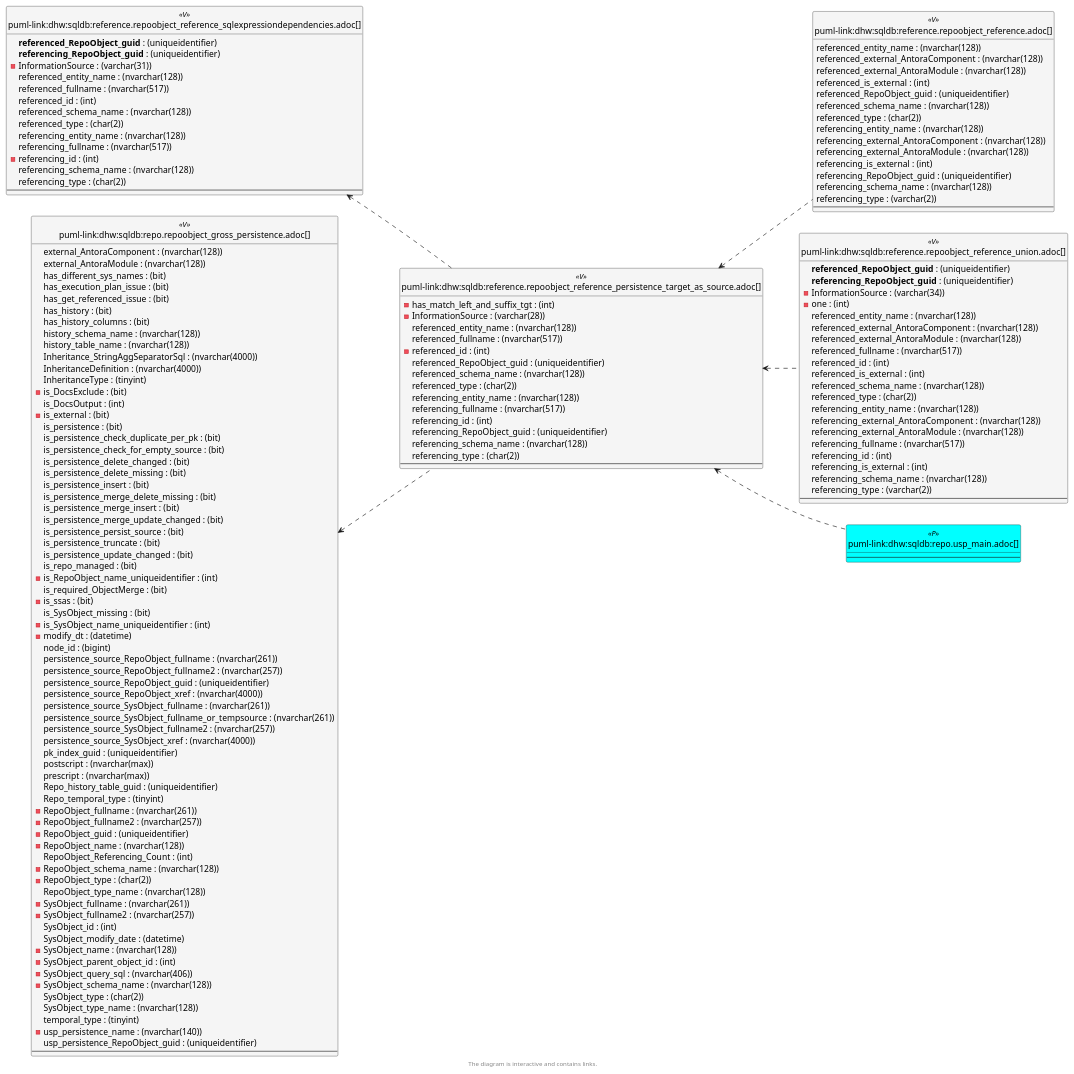
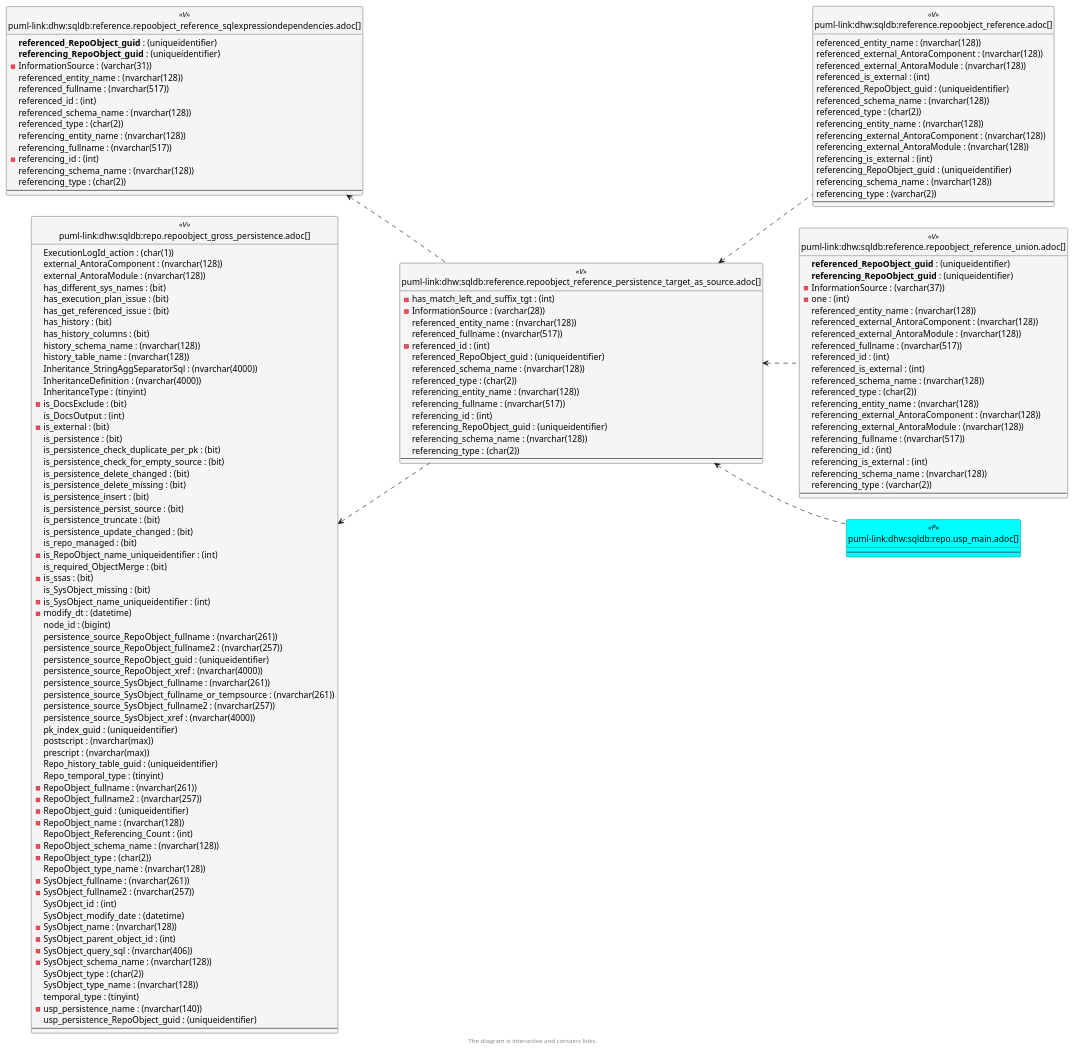
The sixth of 6 diagrams in docs/modules/sqldb/partials/content/reference.repoobject_reference_persistence_target_as_source.adoc (DataHandwerk/dhw-antora-sqldb), drawn with PlantUML before and after one commit. The commit also changed other lines of this file and 751 other files, not shown here.

```diff
--- a/docs/modules/sqldb/partials/content/reference.repoobject_reference_persistence_target_as_source.adoc
+++ b/docs/modules/sqldb/partials/content/reference.repoobject_reference_persistence_target_as_source.adoc
@@ -2707,7 +2708,7 @@
 entity "puml-link:dhw:sqldb:reference.repoobject_reference_union.adoc[]" as reference.RepoObject_reference_union << V >> {
   **referenced_RepoObject_guid** : (uniqueidentifier)
   **referencing_RepoObject_guid** : (uniqueidentifier)
-  - InformationSource : (varchar(34))
+  - InformationSource : (varchar(37))
   - one : (int)
   referenced_entity_name : (nvarchar(128))
   referenced_external_AntoraComponent : (nvarchar(128))
@@ -2729,6 +2730,7 @@
 }
 
 entity "puml-link:dhw:sqldb:repo.repoobject_gross_persistence.adoc[]" as repo.RepoObject_gross_persistence << V >> {
+  ExecutionLogId_action : (char(1))
   external_AntoraComponent : (nvarchar(128))
   external_AntoraModule : (nvarchar(128))
   has_different_sys_names : (bit)
@@ -2750,9 +2752,6 @@
   is_persistence_delete_changed : (bit)
   is_persistence_delete_missing : (bit)
   is_persistence_insert : (bit)
-  is_persistence_merge_delete_missing : (bit)
-  is_persistence_merge_insert : (bit)
-  is_persistence_merge_update_changed : (bit)
   is_persistence_persist_source : (bit)
   is_persistence_truncate : (bit)
   is_persistence_update_changed : (bit)
@@ -2805,9 +2804,9 @@
   --
 }
 
+reference.RepoObject_reference_persistence_target_as_source <.. reference.RepoObject_reference_union
 reference.RepoObject_reference_persistence_target_as_source <.. reference.RepoObject_reference
 reference.RepoObject_reference_persistence_target_as_source <.. repo.usp_main
-reference.RepoObject_reference_persistence_target_as_source <.. reference.RepoObject_reference_union
 reference.RepoObject_reference_SqlExpressionDependencies <.. reference.RepoObject_reference_persistence_target_as_source
 repo.RepoObject_gross_persistence <.. reference.RepoObject_reference_persistence_target_as_source
 
```
